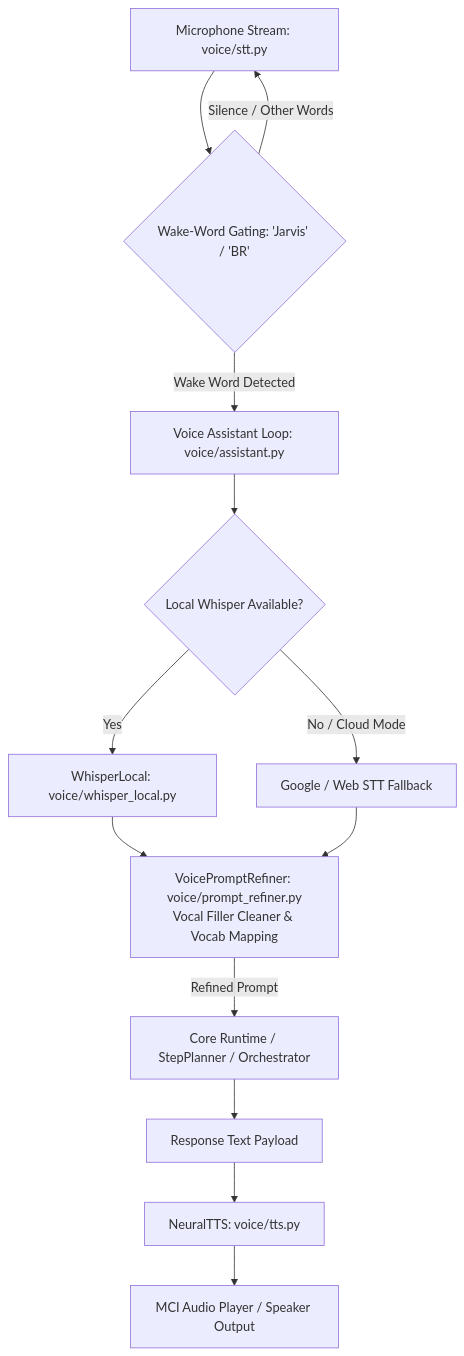
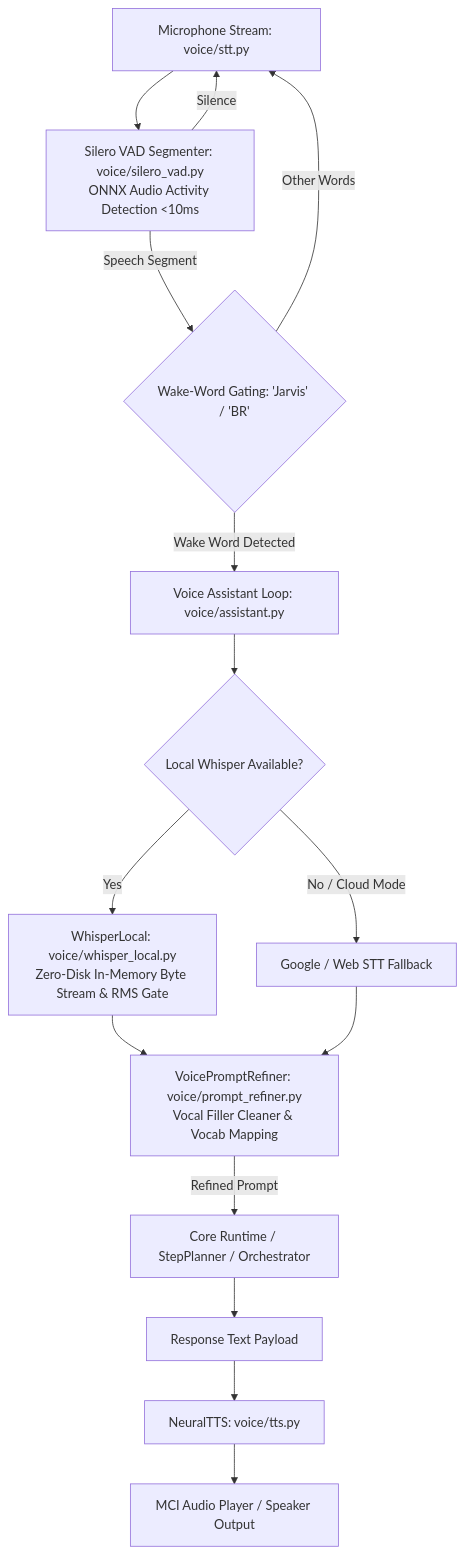
The diagram in br_archetecture/voice/VOICE_ENGINE.md (bharathrajp14/jarvis), drawn with Mermaid before and after one commit. The commit also changed other lines of this file and 38 other files, not shown here.

Commit message:
feat: Cognitive AI OS Architecture Upgrades (v37.31.0) & Subsystem Documentation Sync

````diff
--- a/br_archetecture/voice/VOICE_ENGINE.md
+++ b/br_archetecture/voice/VOICE_ENGINE.md
@@ -18,20 +18,23 @@
 ```mermaid
 graph TD
-    Mic[Microphone Stream: voice/stt.py] --> WakeWord{Wake-Word Gating: 'Jarvis' / 'BR'}
+    Mic[Microphone Stream: voice/stt.py] --> SileroVAD[Silero VAD Segmenter: voice/silero_vad.py<br/>ONNX Audio Activity Detection <10ms]
     
-    WakeWord -->|Silence / Other Words| Mic
+    SileroVAD -->|Silence| Mic
+    SileroVAD -->|Speech Segment| WakeWord{Wake-Word Gating: 'Jarvis' / 'BR'}
+    
+    WakeWord -->|Other Words| Mic
     WakeWord -->|Wake Word Detected| VoiceLoop[Voice Assistant Loop: voice/assistant.py]
     
     VoiceLoop --> ASR{Local Whisper Available?}
-    ASR -->|Yes| LocalWhisper[WhisperLocal: voice/whisper_local.py]
+    ASR -->|Yes| LocalWhisper[WhisperLocal: voice/whisper_local.py<br/>Zero-Disk In-Memory Byte Stream & RMS Gate]
     ASR -->|No / Cloud Mode| CloudSTT[Google / Web STT Fallback]
     
     LocalWhisper --> PromptRefiner[VoicePromptRefiner: voice/prompt_refiner.py<br/>Vocal Filler Cleaner & Vocab Mapping]
     CloudSTT --> PromptRefiner
     
     PromptRefiner -->|Refined Prompt| IntentCheck[Core Runtime / StepPlanner / Orchestrator]
     
     IntentCheck --> OutputResponse[Response Text Payload]
     OutputResponse --> NeuralTTS[NeuralTTS: voice/tts.py]
     NeuralTTS --> AudioPlayer[MCI Audio Player / Speaker Output]
 ```
````
